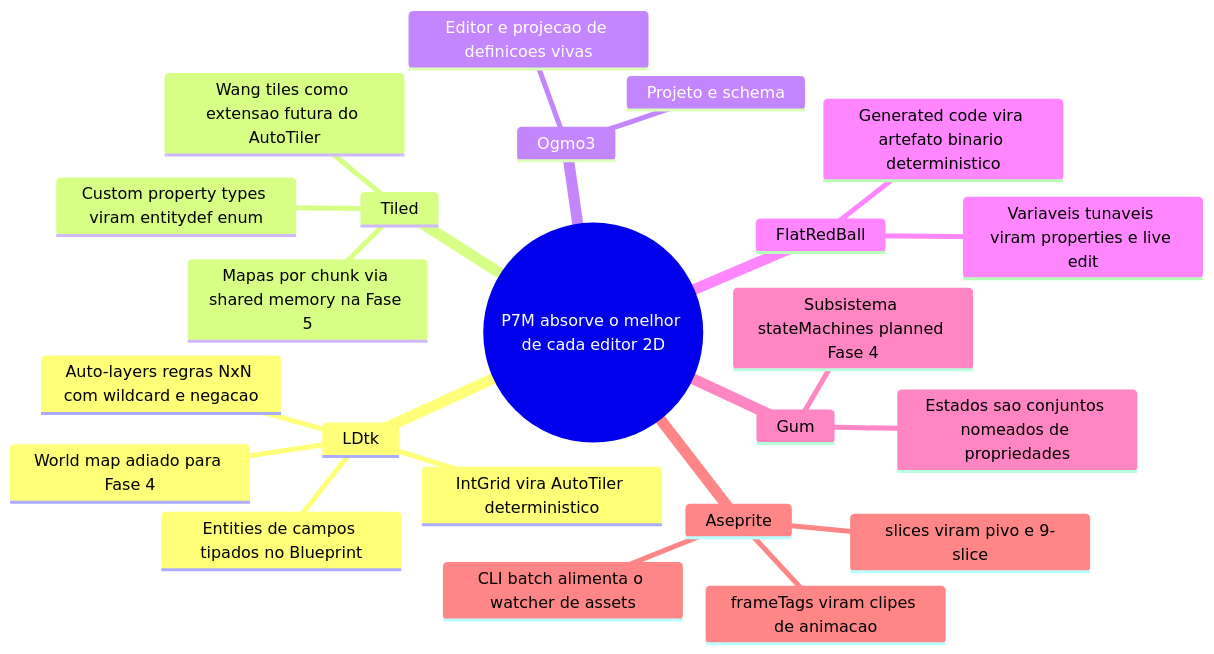
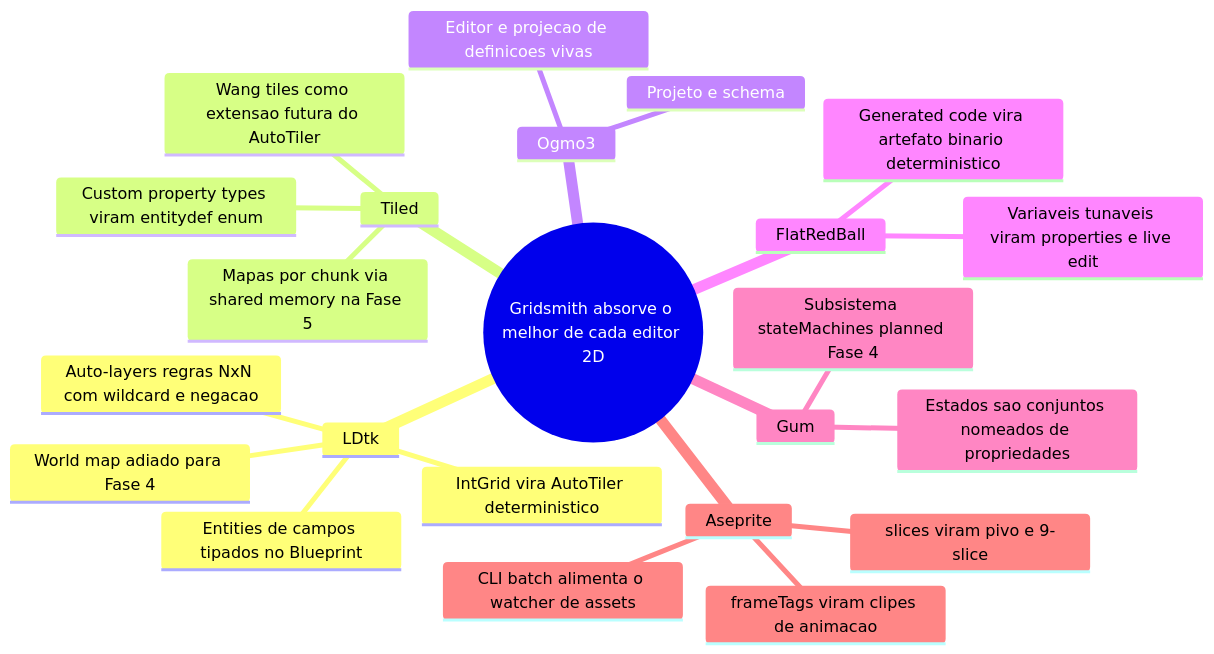
Before and after one commit to flaviotinococoutinho/Gridsmith: the first of 4 diagrams in docs/RESEARCH-EDITOR-LANDSCAPE.md, drawn with Mermaid. The commit also changed other lines of this file and 220 other files, not shown here.

````diff
--- a/docs/RESEARCH-EDITOR-LANDSCAPE.md
+++ b/docs/RESEARCH-EDITOR-LANDSCAPE.md
@@ -18,26 +18,26 @@
 ```mermaid
 mindmap
-  root(("P7M absorve o melhor de cada editor 2D"))
+  root(("Gridsmith absorve o melhor de cada editor 2D"))
     LDtk
       IntGrid vira AutoTiler deterministico
       Auto-layers regras NxN com wildcard e negacao
       Entities de campos tipados no Blueprint
       World map adiado para Fase 4
     Tiled
       Custom property types viram entitydef enum
       Wang tiles como extensao futura do AutoTiler
       Mapas por chunk via shared memory na Fase 5
     Ogmo3
       Projeto e schema
       Editor e projecao de definicoes vivas
     FlatRedBall
       Generated code vira artefato binario deterministico
       Variaveis tunaveis viram properties e live edit
     Gum
       Estados sao conjuntos nomeados de propriedades
       Subsistema stateMachines planned Fase 4
     Aseprite
       frameTags viram clipes de animacao
       slices viram pivo e 9-slice
       CLI batch alimenta o watcher de assets
 ```
````
